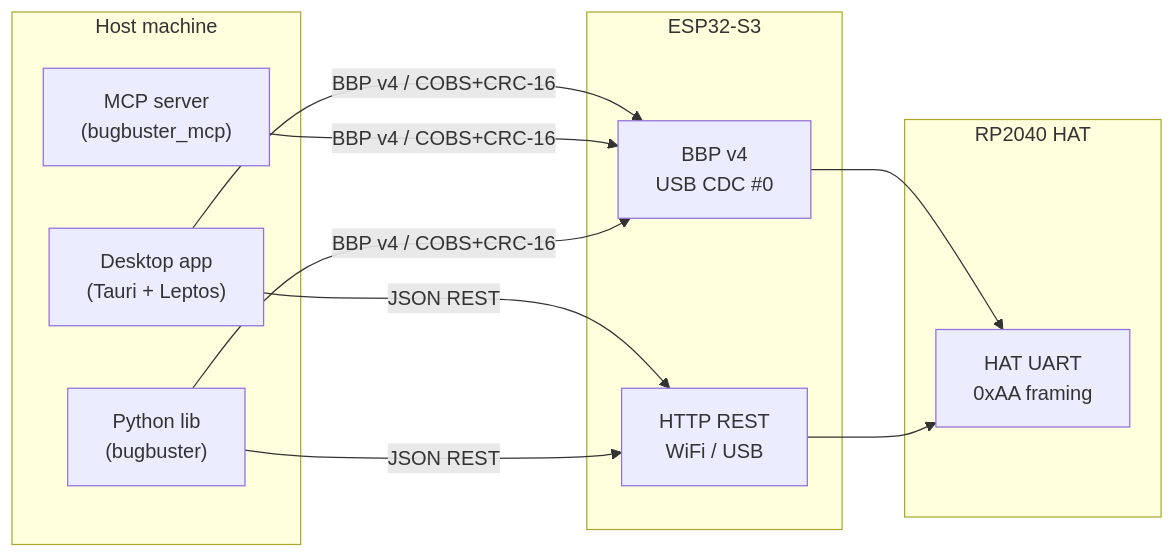
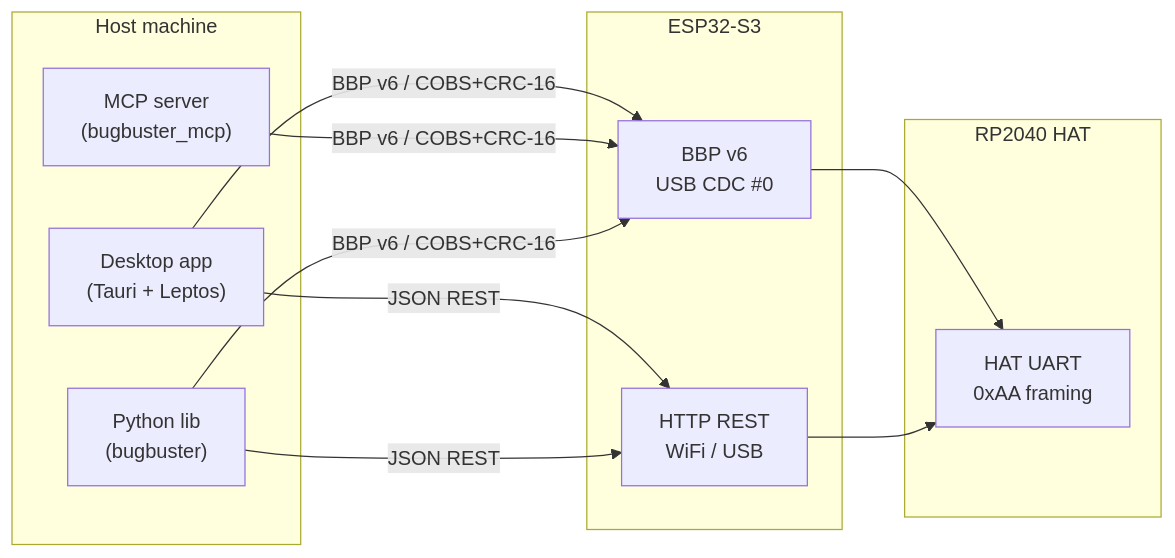
Before and after one commit to lollokara/BugBuster: the second of 2 diagrams in README.md, drawn with Mermaid. The commit also changed other lines of this file, not shown here.

First line of the commit message:
README: bump BBP to v6, update tools & specs

````diff
--- a/README.md
+++ b/README.md
@@ -139,27 +142,27 @@
 ```mermaid
 flowchart LR
   subgraph Host["Host machine"]
     Desktop["Desktop app\n(Tauri + Leptos)"]
     MCP["MCP server\n(bugbuster_mcp)"]
     PyLib["Python lib\n(bugbuster)"]
   end
 
   subgraph ESP["ESP32-S3"]
-    BBP["BBP v4\nUSB CDC #0"]
+    BBP["BBP v6\nUSB CDC #0"]
     HTTP["HTTP REST\nWiFi / USB"]
   end
 
   subgraph HAT["RP2040 HAT"]
     UART["HAT UART\n0xAA framing"]
   end
 
-  Desktop -->|"BBP v4 / COBS+CRC-16"| BBP
-  MCP     -->|"BBP v4 / COBS+CRC-16"| BBP
-  PyLib   -->|"BBP v4 / COBS+CRC-16"| BBP
+  Desktop -->|"BBP v6 / COBS+CRC-16"| BBP
+  MCP     -->|"BBP v6 / COBS+CRC-16"| BBP
+  PyLib   -->|"BBP v6 / COBS+CRC-16"| BBP
 
   Desktop -->|"JSON REST"| HTTP
   PyLib   -->|"JSON REST"| HTTP
 
   BBP  --> UART
   HTTP --> UART
 ```
````
